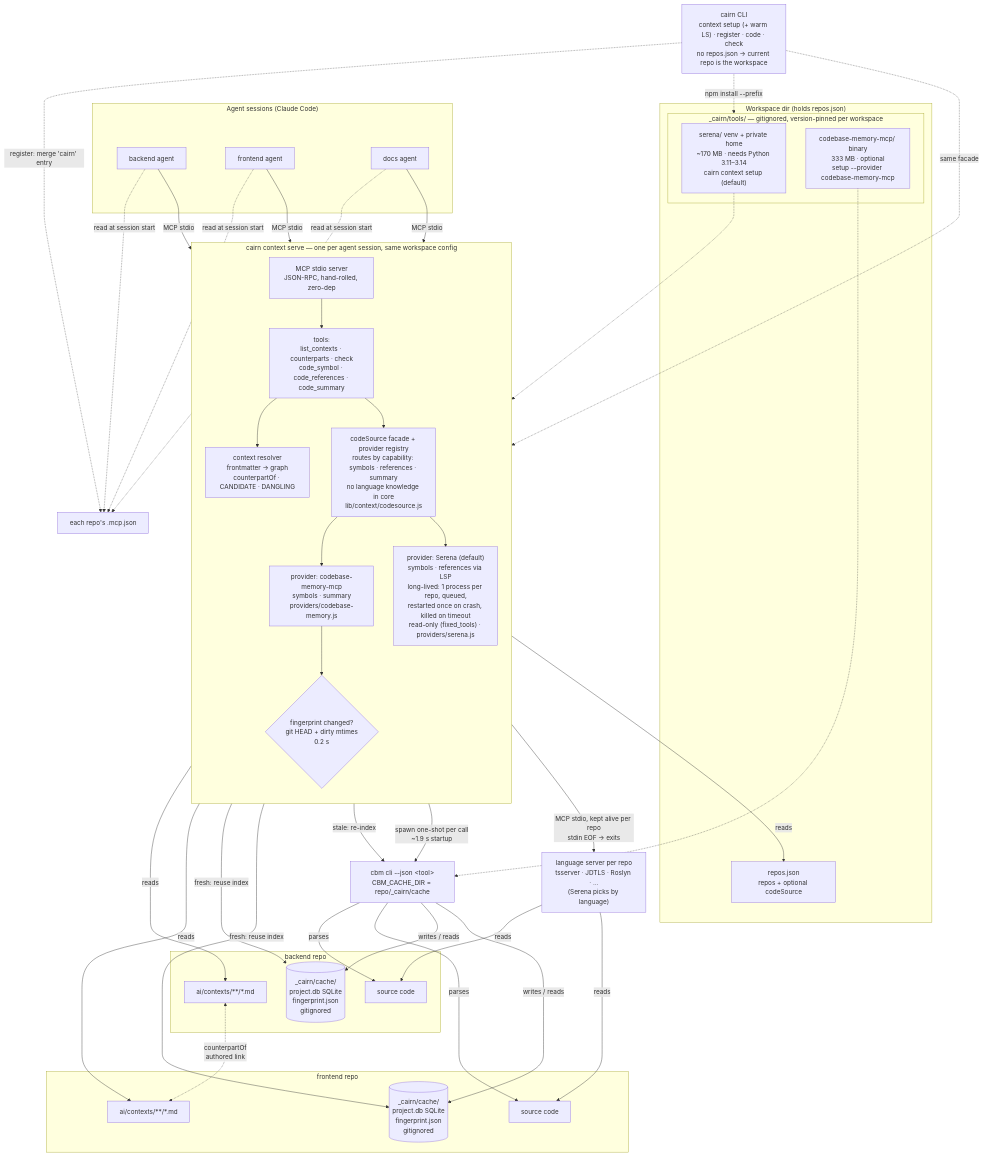
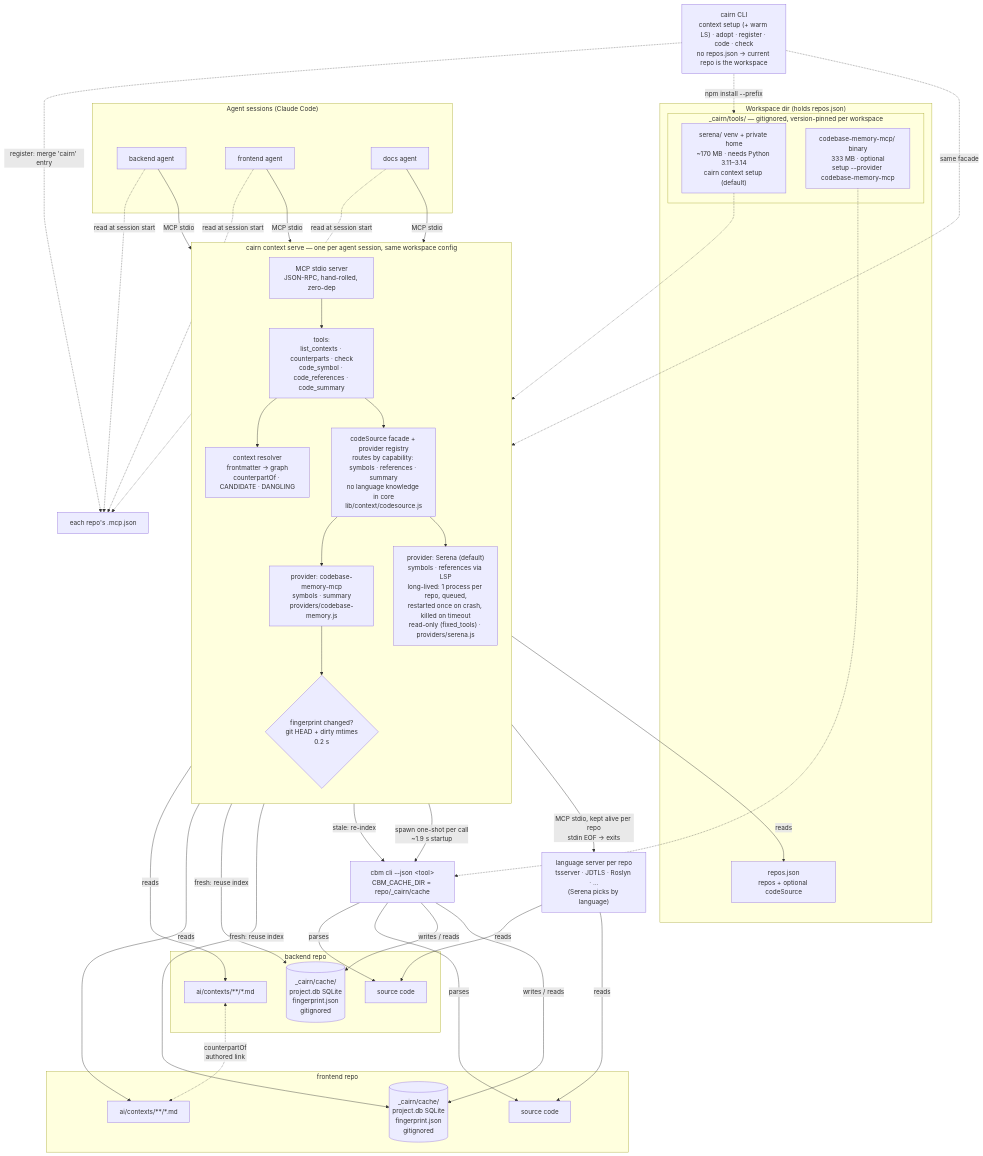
One commit to StonePandaStudio/cairn changed the diagram in infrastructure.mmd. Above: the diagram before and after it, drawn with Mermaid. The commit also changed 21 other files, not shown here.

First line of the commit message:
Add `cairn context adopt` and `/discover adopt` for existing docs

```diff
--- a/infrastructure.mmd
+++ b/infrastructure.mmd
@@ -1,64 +1,64 @@
 flowchart TB
     subgraph Agents["Agent sessions (Claude Code)"]
         A1["backend agent"]
         A2["frontend agent"]
         A3["docs agent"]
     end
 
     subgraph Serve["cairn context serve — one per agent session, same workspace config"]
         direction TB
         MCP["MCP stdio server<br/>JSON-RPC, hand-rolled, zero-dep"]
         TOOLS["tools:<br/>list_contexts · counterparts · check<br/>code_symbol · code_references · code_summary"]
         RES["context resolver<br/>frontmatter → graph<br/>counterpartOf · CANDIDATE · DANGLING"]
         CS["codeSource facade + provider registry<br/>routes by capability: symbols · references · summary<br/>no language knowledge in core<br/>lib/context/codesource.js"]
         PROV["provider: codebase-memory-mcp<br/>symbols · summary<br/>providers/codebase-memory.js"]
         SER["provider: Serena (default)<br/>symbols · references via LSP<br/>long-lived: 1 process per repo, queued,<br/>restarted once on crash, killed on timeout<br/>read-only (fixed_tools) · providers/serena.js"]
         GATE{"fingerprint changed?<br/>git HEAD + dirty mtimes<br/>0.2 s"}
         MCP --> TOOLS
         TOOLS --> RES
         TOOLS --> CS
         CS --> PROV
         CS --> SER
         PROV --> GATE
     end
 
     subgraph WS["Workspace dir (holds repos.json)"]
         CFG["repos.json<br/>repos + optional codeSource"]
         subgraph TOOLDIR["_cairn/tools/ — gitignored, version-pinned per workspace"]
             SBIN["serena/ venv + private home<br/>~170 MB · needs Python 3.11–3.14<br/>cairn context setup (default)"]
             BIN["codebase-memory-mcp/ binary<br/>333 MB · optional<br/>setup --provider codebase-memory-mcp"]
         end
     end
 
     subgraph R1["backend repo"]
         D1["ai/contexts/**/*.md"]
         S1["source code"]
         C1[("_cairn/cache/<br/>project.db SQLite<br/>fingerprint.json<br/>gitignored")]
     end
 
     subgraph R2["frontend repo"]
         D2["ai/contexts/**/*.md"]
         S2["source code"]
         C2[("_cairn/cache/<br/>project.db SQLite<br/>fingerprint.json<br/>gitignored")]
     end
 
     A1 & A2 & A3 -- "MCP stdio" --> MCP
 
     RES -- "reads" --> CFG
     RES -- "reads" --> D1 & D2
     D1 <-. "counterpartOf<br/>authored link" .-> D2
 
     GATE -- "fresh: reuse index" --> C1 & C2
     GATE -- "stale: re-index" --> ONE
     PROV -- "spawn one-shot per call<br/>~1.9 s startup" --> ONE["cbm cli --json &lt;tool&gt;<br/>CBM_CACHE_DIR = repo/_cairn/cache"]
     BIN -.-> ONE
     SBIN -.-> SER
     SER -- "MCP stdio, kept alive per repo<br/>stdin EOF → exits" --> LS["language server per repo<br/>tsserver · JDTLS · Roslyn · …<br/>(Serena picks by language)"]
     LS -- "reads" --> S1 & S2
     ONE -- "parses" --> S1 & S2
     ONE -- "writes / reads" --> C1 & C2
 
-    CLI["cairn CLI<br/>context setup (+ warm LS) · register · code · check<br/>no repos.json → current repo is the workspace"] -. "same facade" .-> CS
+    CLI["cairn CLI<br/>context setup (+ warm LS) · adopt · register · code · check<br/>no repos.json → current repo is the workspace"] -. "same facade" .-> CS
     CLI -. "npm install --prefix" .-> TOOLDIR
     CLI -. "register: merge 'cairn' entry" .-> MCPJ["each repo's .mcp.json"]
     A1 & A2 & A3 -. "read at session start" .-> MCPJ
```
